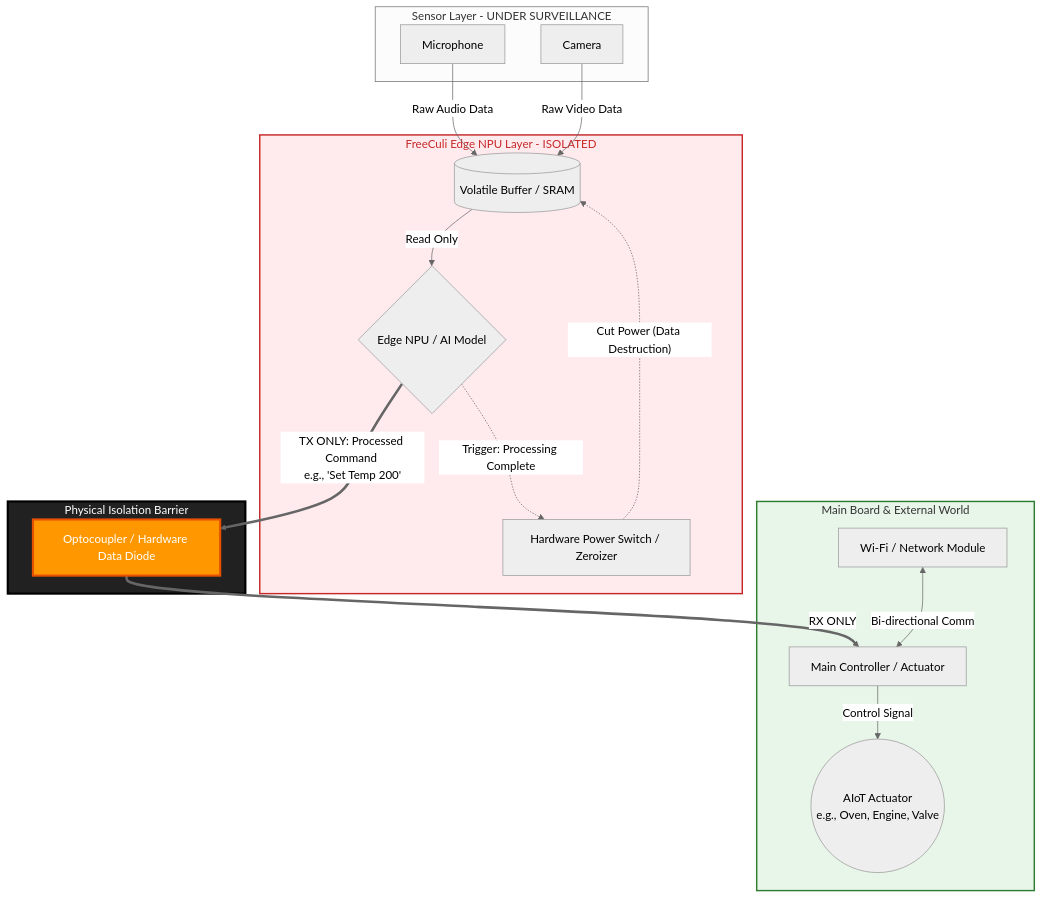
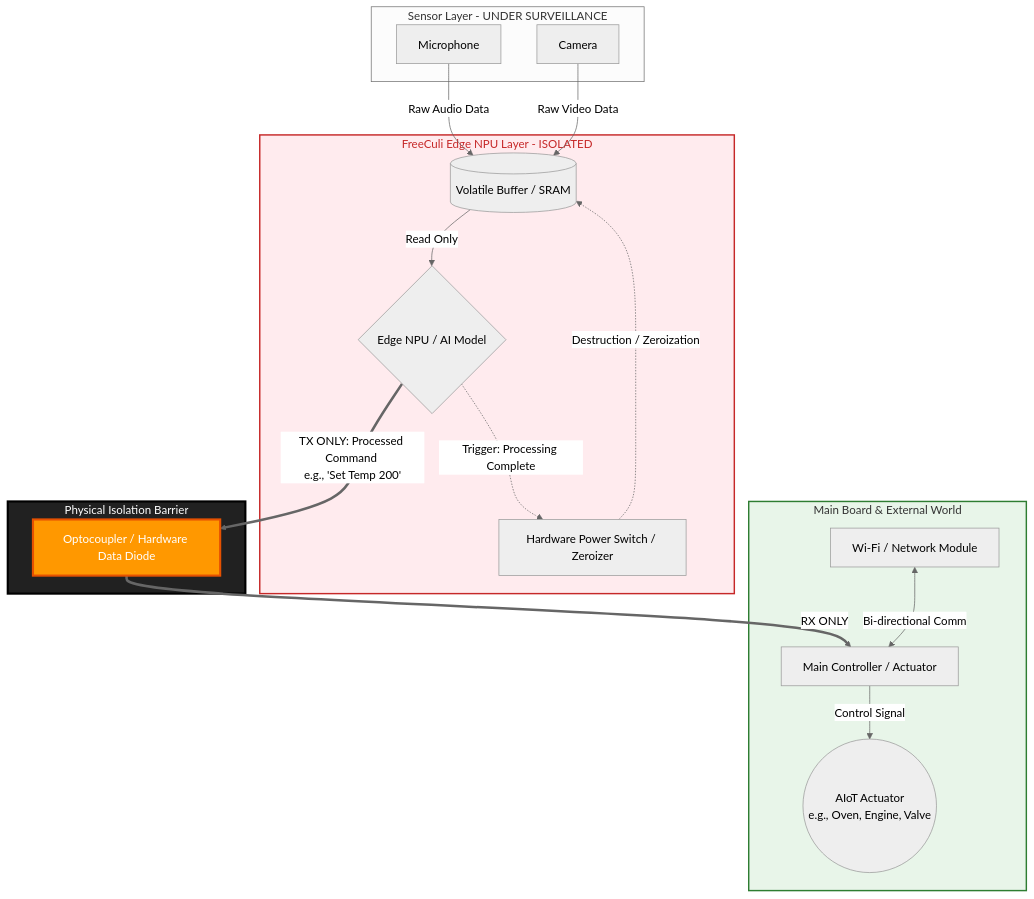
The diagram in zero-cloud-hardware-reference-architecture.md (FreeCuli/zero-cloud-hardware-architecture), drawn with Mermaid (neutral theme) before and after one commit. The commit also changed other lines of this file and 3 other files, not shown here.

````diff
--- a/zero-cloud-hardware-reference-architecture.md
+++ b/zero-cloud-hardware-reference-architecture.md
@@ -70,55 +70,55 @@
 ```mermaid
 graph TD
     %% Components
     subgraph SENSORS [Sensor Layer - UNDER SURVEILLANCE]
         MIC[Microphone]
         CAM[Camera]
     end
 
     subgraph EDGE_AI [FreeCuli Edge NPU Layer - ISOLATED]
         VOL_RAM[(Volatile Buffer / SRAM)]
         AI_CHIP{Edge NPU / AI Model}
-        HW_KILL[Hardware Power Switch / Zeroizer]
+        HW_DESTRUCTION_OR_ZEROIZER[Hardware Power Switch / Zeroizer]
     end
 
     subgraph ISOLATION [Physical Isolation Barrier]
         OPTO[Optocoupler / Hardware Data Diode]
     end
 
     subgraph MAIN_BOARD [Main Board & External World]
         MAIN_MCU[Main Controller / Actuator]
         WIFI[Wi-Fi / Network Module]
         APPLIANCE((AIoT Actuator <br> e.g., Oven, Engine, Valve))
     end
 
     %% Data Flows (Strict Flow)
     MIC -->|Raw Audio Data| VOL_RAM
     CAM -->|Raw Video Data| VOL_RAM
     
     VOL_RAM -->|Read Only| AI_CHIP
     
     %% After AI Inference completes
-    AI_CHIP -.->|Trigger: Processing Complete| HW_KILL
-    HW_KILL -.->|"Cut Power (Data Destruction)"| VOL_RAM
+    AI_CHIP -.->|Trigger: Processing Complete| HW_DESTRUCTION_OR_ZEROIZER
+    HW_DESTRUCTION_OR_ZEROIZER -.->|"Destruction / Zeroization"| VOL_RAM
     
     %% Output
     AI_CHIP ==>|"TX ONLY: Processed Command <br/>e.g., 'Set Temp 200'"| OPTO
     
     %% Optocoupler allows only one-way traffic
     OPTO ==>|RX ONLY| MAIN_MCU
     
     %% External Connections
     WIFI <-->|Bi-directional Comm| MAIN_MCU
     MAIN_MCU -->|Control Signal| APPLIANCE
 
     %% Styling
     classDef isolated fill:#ffebee,stroke:#c62828,stroke-width:2px,color:#c62828;
     classDef open fill:#e8f5e9,stroke:#2e7d32,stroke-width:2px;
     classDef barrier fill:#212121,stroke:#000,stroke-width:3px,color:#fff;
     classDef diode fill:#ff9800,stroke:#e65100,stroke-width:3px,color:#fff;
     
     class EDGE_AI isolated;
     class MAIN_BOARD open;
     class ISOLATION barrier;
     class OPTO diode;
 ```
````
